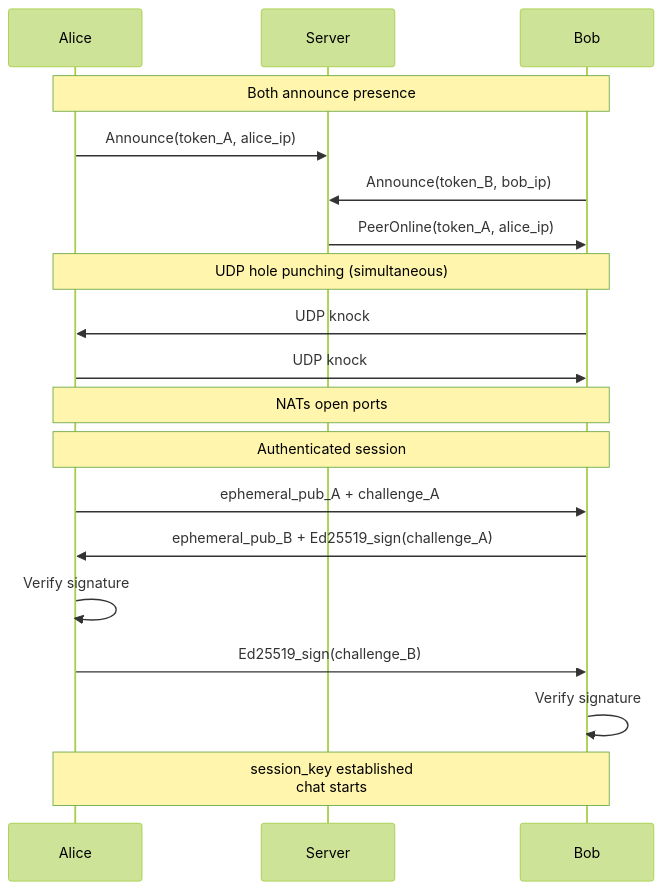
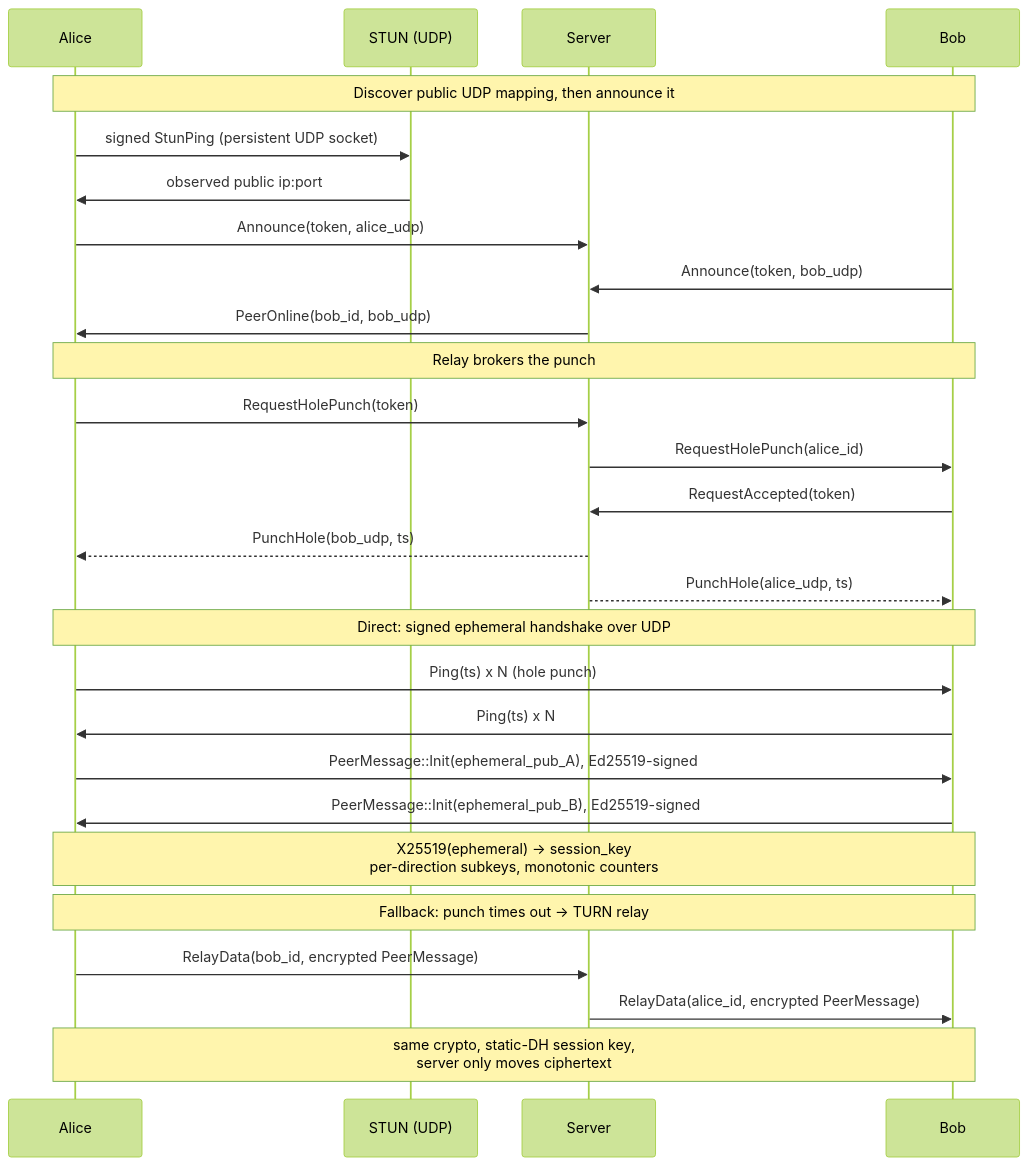
The seventh of 9 diagrams in C4.md (dhmztr/sechat-client), drawn with Mermaid (forest theme) before and after one commit. The commit also changed other lines of this file and 15 other files, not shown here.

````diff
--- a/C4.md
+++ b/C4.md
@@ -206,29 +202,37 @@
 ```mermaid
 sequenceDiagram
     participant Alice
+    participant STUN as STUN (UDP)
     participant Server
     participant Bob
 
-    Note over Alice,Bob: Both announce presence
+    Note over Alice,Bob: Discover public UDP mapping, then announce it
 
-    Alice->>Server: Announce(token_A, alice_ip)
-    Bob->>Server: Announce(token_B, bob_ip)
+    Alice->>STUN: signed StunPing (persistent UDP socket)
+    STUN->>Alice: observed public ip:port
+    Alice->>Server: Announce(token, alice_udp)
+    Bob->>Server: Announce(token, bob_udp)
+    Server->>Alice: PeerOnline(bob_id, bob_udp)
 
-    Server->>Bob: PeerOnline(token_A, alice_ip)
+    Note over Alice,Bob: Relay brokers the punch
 
-    Note over Alice,Bob: UDP hole punching (simultaneous)
+    Alice->>Server: RequestHolePunch(token)
+    Server->>Bob: RequestHolePunch(alice_id)
+    Bob->>Server: RequestAccepted(token)
+    Server-->>Alice: PunchHole(bob_udp, ts)
+    Server-->>Bob: PunchHole(alice_udp, ts)
 
-    Bob->>Alice: UDP knock
-    Alice->>Bob: UDP knock
-    Note over Alice,Bob: NATs open ports
+    Note over Alice,Bob: Direct: signed ephemeral handshake over UDP
 
-    Note over Alice,Bob: Authenticated session
+    Alice->>Bob: Ping(ts) x N (hole punch)
+    Bob->>Alice: Ping(ts) x N
+    Alice->>Bob: PeerMessage::Init(ephemeral_pub_A), Ed25519-signed
+    Bob->>Alice: PeerMessage::Init(ephemeral_pub_B), Ed25519-signed
+    Note over Alice,Bob: X25519(ephemeral) -> session_key<br/>per-direction subkeys, monotonic counters
 
-    Alice->>Bob: ephemeral_pub_A + challenge_A
-    Bob->>Alice: ephemeral_pub_B + Ed25519_sign(challenge_A)
-    Alice->>Alice: Verify signature
-    Alice->>Bob: Ed25519_sign(challenge_B)
-    Bob->>Bob: Verify signature
+    Note over Alice,Bob: Fallback: punch times out -> TURN relay
 
-    Note over Alice,Bob: session_key established<br/>chat starts
+    Alice->>Server: RelayData(bob_id, encrypted PeerMessage)
+    Server->>Bob: RelayData(alice_id, encrypted PeerMessage)
+    Note over Alice,Bob: same crypto, static-DH session key,<br/>server only moves ciphertext
 ```
````
